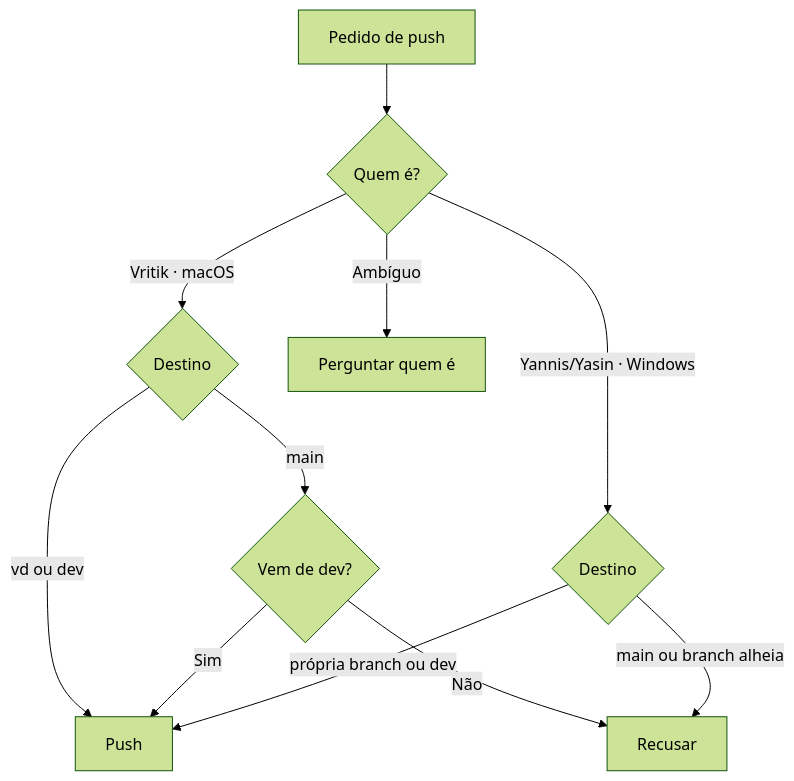
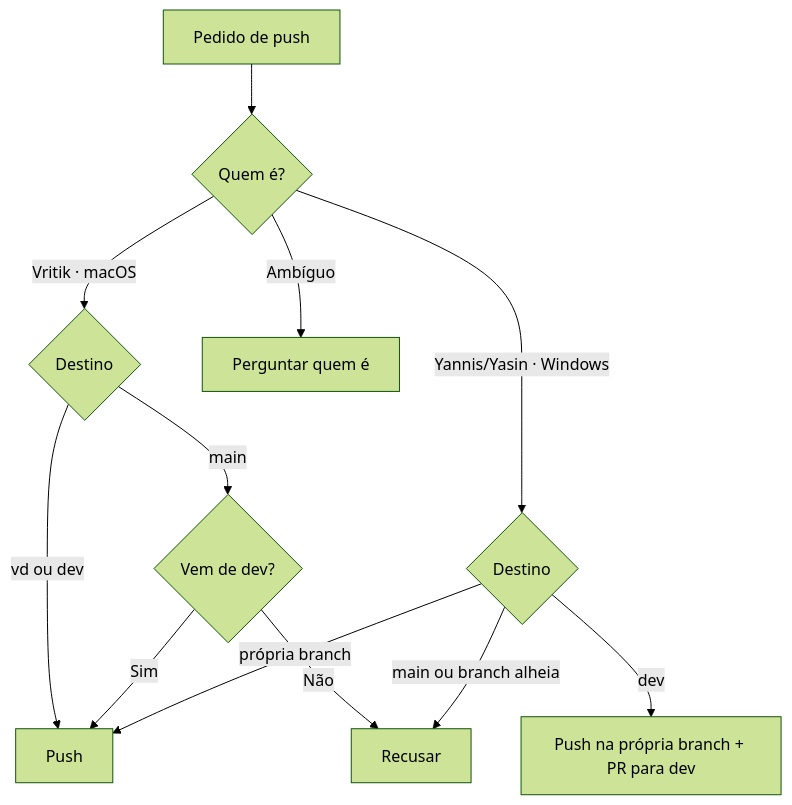
The first of 3 diagrams in CLAUDE.md (vritik246800/Trabalho-Pratico-SD), drawn with Mermaid (forest theme) before and after one commit. The commit also changed other lines of this file and 2 other files, not shown here.

First line of the commit message:
update: CLAUDE.md, Docs/BRANCH.md, Docs/TODO.md

````diff
--- a/CLAUDE.md
+++ b/CLAUDE.md
@@ -68,13 +91,14 @@
 ```mermaid
 flowchart TD
     A["Pedido de push"] --> B{"Quem é?"}
     B -->|"Vritik · macOS"| C{"Destino"}
     B -->|"Yannis/Yasin · Windows"| D{"Destino"}
     B -->|"Ambíguo"| Q["Perguntar quem é"]
     C -->|"vd ou dev"| OK["Push"]
     C -->|"main"| E{"Vem de dev?"}
     E -->|"Sim"| OK
     E -->|"Não"| NO["Recusar"]
-    D -->|"própria branch ou dev"| OK
+    D -->|"própria branch"| OK
+    D -->|"dev"| PR["Push na própria branch + PR para dev"]
     D -->|"main ou branch alheia"| NO
 ```
````
